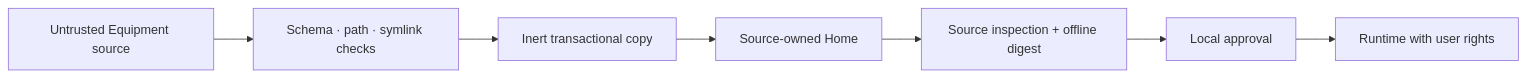
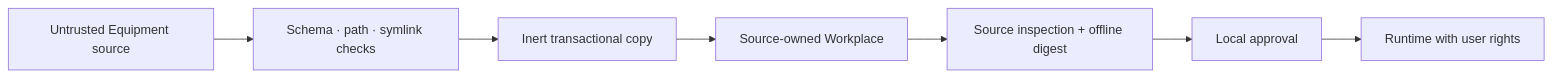
Before and after one commit to thevzion/endroit: the diagram in SECURITY.md, drawn with Mermaid. The commit also changed other lines of this file and 46 other files, not shown here.

````diff
--- a/SECURITY.md
+++ b/SECURITY.md
@@ -10,9 +10,9 @@
 ```mermaid
 flowchart LR
   source["Untrusted Equipment source"] --> validate["Schema · path · symlink checks"]
   validate --> copy["Inert transactional copy"]
-  copy --> home["Source-owned Home"]
-  home --> review["Source inspection + offline digest"]
+  copy --> workplace["Source-owned Workplace"]
+  workplace --> review["Source inspection + offline digest"]
   review --> approval["Local approval"]
   approval --> execute["Runtime with user rights"]
 ```
````
